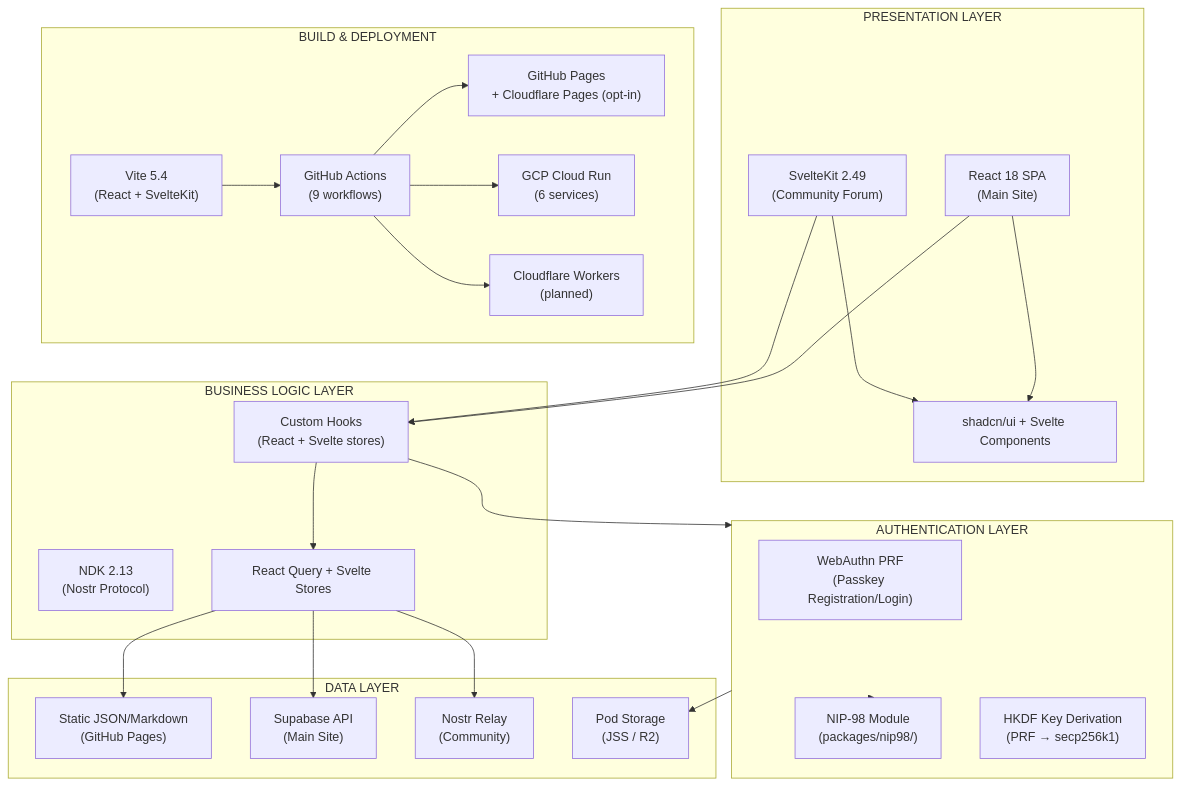
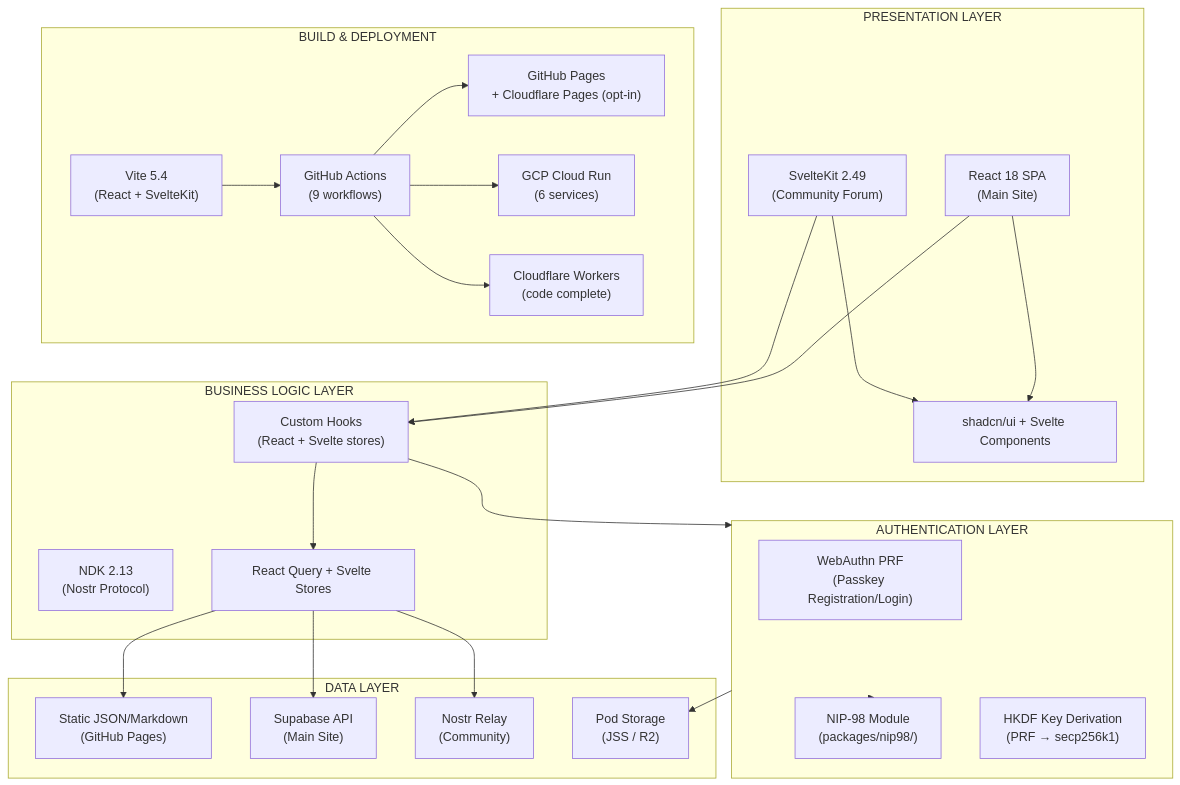
One commit to DreamLab-AI/dreamlab-ai-website changed the second of 3 diagrams in docs/architecture/SYSTEM_OVERVIEW.md. Above: the diagram before and after it, drawn with Mermaid. The commit also changed other lines of this file and 41 other files, not shown here.

First line of the commit message:
Deploy 3 Cloudflare Workers with security hardening

````diff
--- a/docs/architecture/SYSTEM_OVERVIEW.md
+++ b/docs/architecture/SYSTEM_OVERVIEW.md
@@ -95,51 +98,51 @@
 ```mermaid
 graph TB
     subgraph Presentation["PRESENTATION LAYER"]
         React["React 18 SPA<br/>(Main Site)"]
         SvelteKit["SvelteKit 2.49<br/>(Community Forum)"]
         UI["shadcn/ui + Svelte Components"]
     end
 
     subgraph Auth["AUTHENTICATION LAYER"]
         WebAuthn["WebAuthn PRF<br/>(Passkey Registration/Login)"]
         NIP98["NIP-98 Module<br/>(packages/nip98/)"]
         HKDF["HKDF Key Derivation<br/>(PRF → secp256k1)"]
     end
 
     subgraph Business["BUSINESS LOGIC LAYER"]
         Hooks["Custom Hooks<br/>(React + Svelte stores)"]
         NDK["NDK 2.13<br/>(Nostr Protocol)"]
         State["React Query + Svelte Stores"]
     end
 
     subgraph Data["DATA LAYER"]
         StaticData["Static JSON/Markdown<br/>(GitHub Pages)"]
         Supabase["Supabase API<br/>(Main Site)"]
         NostrRelay["Nostr Relay<br/>(Community)"]
         PodStorage["Pod Storage<br/>(JSS / R2)"]
     end
 
     subgraph Build["BUILD & DEPLOYMENT"]
         Vite["Vite 5.4<br/>(React + SvelteKit)"]
         Actions["GitHub Actions<br/>(9 workflows)"]
         Pages["GitHub Pages<br/>+ Cloudflare Pages (opt-in)"]
         CloudRun["GCP Cloud Run<br/>(6 services)"]
-        Workers["Cloudflare Workers<br/>(planned)"]
+        Workers["Cloudflare Workers<br/>(code complete)"]
     end
 
     React --> UI
     SvelteKit --> UI
     React --> Hooks
     SvelteKit --> Hooks
     Hooks --> Auth
     Auth --> NIP98
     Hooks --> State
     State --> StaticData
     State --> Supabase
     State --> NostrRelay
     Auth --> PodStorage
     Vite --> Actions
     Actions --> Pages
     Actions --> CloudRun
     Actions --> Workers
 ```
````
